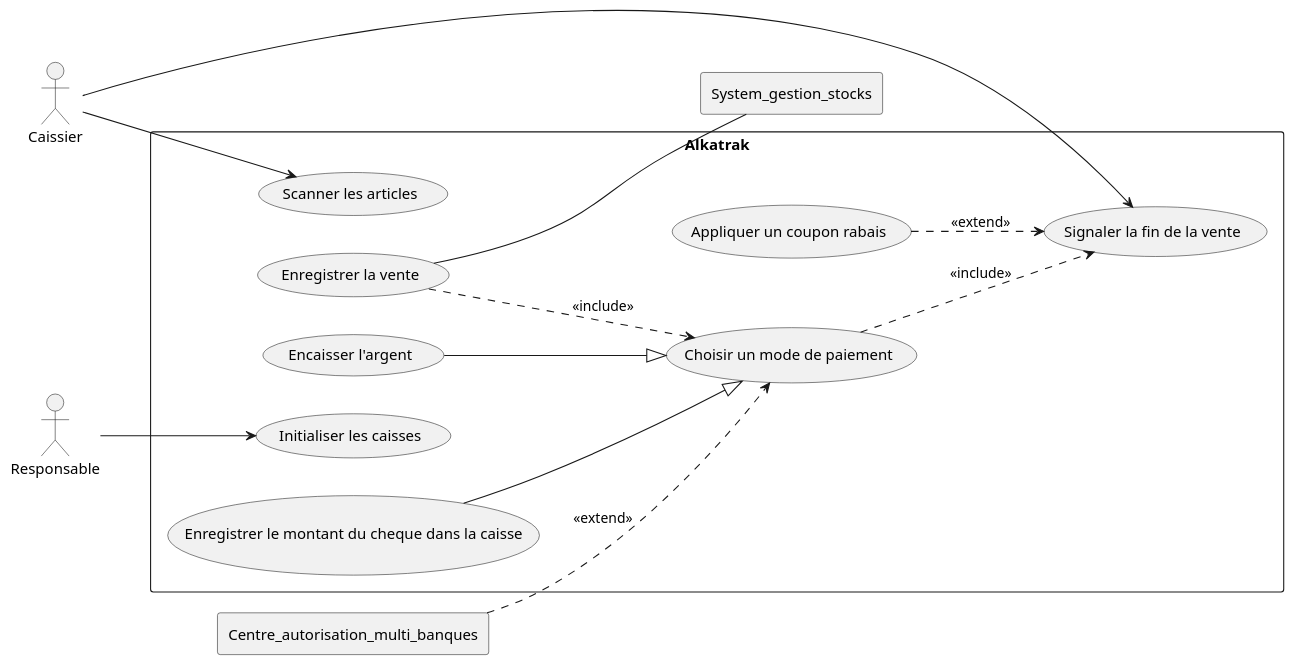
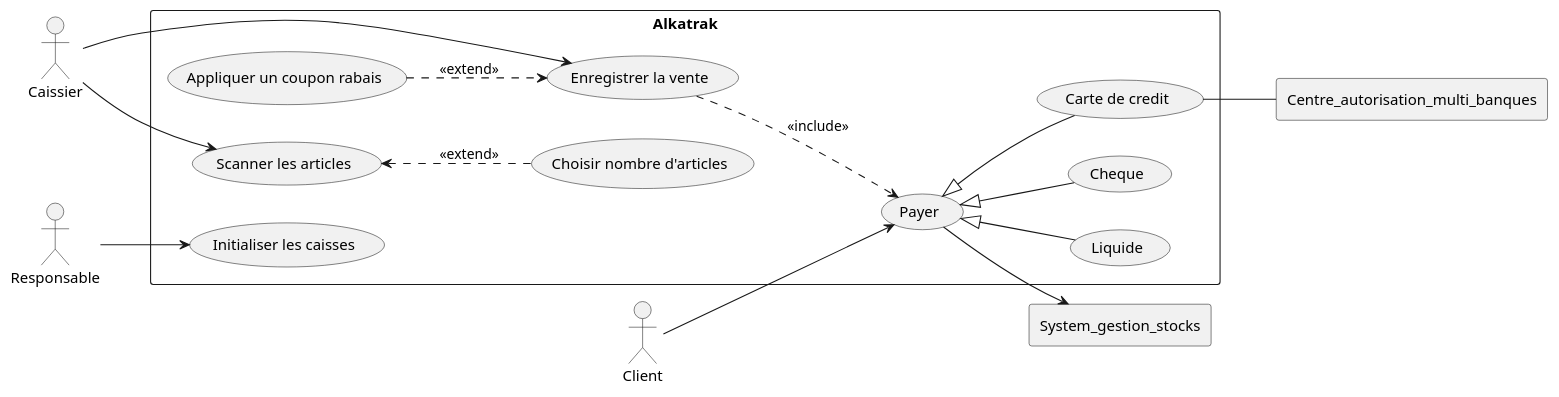
Before and after one commit to MonsieurClavett/1SY-AnalyseObjet: the diagram in UML/Exercices01/question03.1.wsd, drawn with PlantUML. The commit also changed 1 other file, not shown here.

```diff
--- a/UML/Exercices01/question03.1.wsd
+++ b/UML/Exercices01/question03.1.wsd
@@ -1,42 +1,42 @@
 @startuml
 left to right direction
 
 actor Caissier
+actor Client
 actor Responsable
 rectangle Centre_autorisation_multi_banques
 rectangle System_gestion_stocks
 
 
 rectangle "Alkatrak" {
     usecase "Scanner les articles" as UC1
-    usecase "Signaler la fin de la vente" as UC2
-    usecase "Choisir un mode de paiement" as UC3
-    usecase "Encaisser l'argent" as UC4
-    usecase "Enregistrer le montant du cheque dans la caisse" as UC5
+    usecase "Payer" as UC3
     usecase "Appliquer un coupon rabais" as UC6
     usecase "Initialiser les caisses" as UC7
     usecase "Enregistrer la vente" as UC8
-
-
-
+    usecase "Liquide" as UC9
+    usecase "Cheque" as UC10
+    usecase "Carte de credit" as UC11
+    usecase "Choisir nombre d'articles" as UC12
 
 }
 
+Client --> UC3
+UC3 --> System_gestion_stocks
 Caissier --> UC1
-Caissier --> UC2
-UC3 .-> UC2 : <<include>>
-UC4 --|> UC3 
-UC5 --|> UC3
-Centre_autorisation_multi_banques .-> UC3 : <<extend>>
-UC6 .-> UC2 : <<extend>>
+Caissier --> UC8
+UC6 .-> UC8 : <<extend>>
+UC1 <-. UC12 : <<extend>>
 UC8 .-> UC3 : <<include>>
-UC8 -- System_gestion_stocks
-
+UC3 <|-- UC9
+UC3 <|-- UC10
+UC3 <|-- UC11
+UC11 -- Centre_autorisation_multi_banques
 
 
 
 Responsable --> UC7
 
 
 
 @enduml
```
